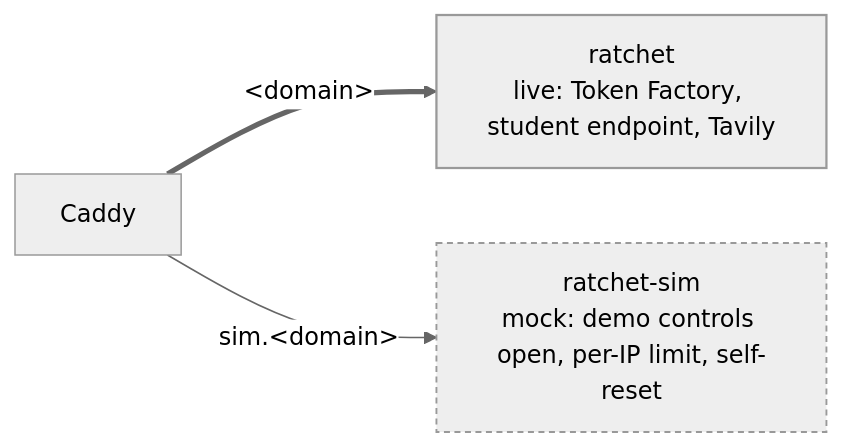
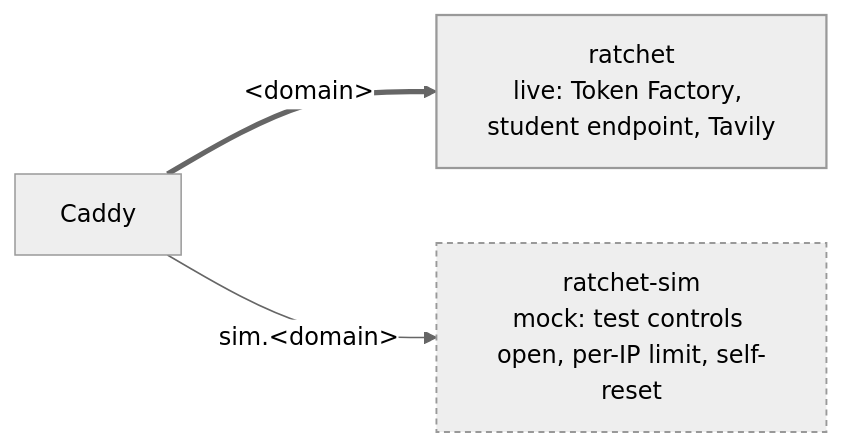
Before and after one commit to harshbhx/ratchet: the eighth of 8 diagrams in docs/ARCHITECTURE.md, drawn with Mermaid (neutral theme). The commit also changed other lines of this file and 76 other files, not shown here.

````diff
--- a/docs/ARCHITECTURE.md
+++ b/docs/ARCHITECTURE.md
@@ -1065,14 +1065,14 @@
 ```mermaid
 flowchart LR
   caddy["Caddy"] ==>|"#lt;domain#gt;"| live["ratchet<br/>live: Token Factory, student endpoint, Tavily"]
-  caddy -->|"sim.#lt;domain#gt;"| sim["ratchet-sim<br/>mock: demo controls open, per-IP limit, self-reset"]
+  caddy -->|"sim.#lt;domain#gt;"| sim["ratchet-sim<br/>mock: test controls open, per-IP limit, self-reset"]
 
   class live teacher
   class sim outline
   classDef student stroke-width:1.5px
   classDef teacher stroke-width:1.5px
   classDef store stroke-width:1.25px
   classDef gate stroke-width:1.5px
   classDef pending stroke-width:1.5px,stroke-dasharray:5 4
   classDef outline stroke-width:1.25px,stroke-dasharray:4 3
 ```
````
